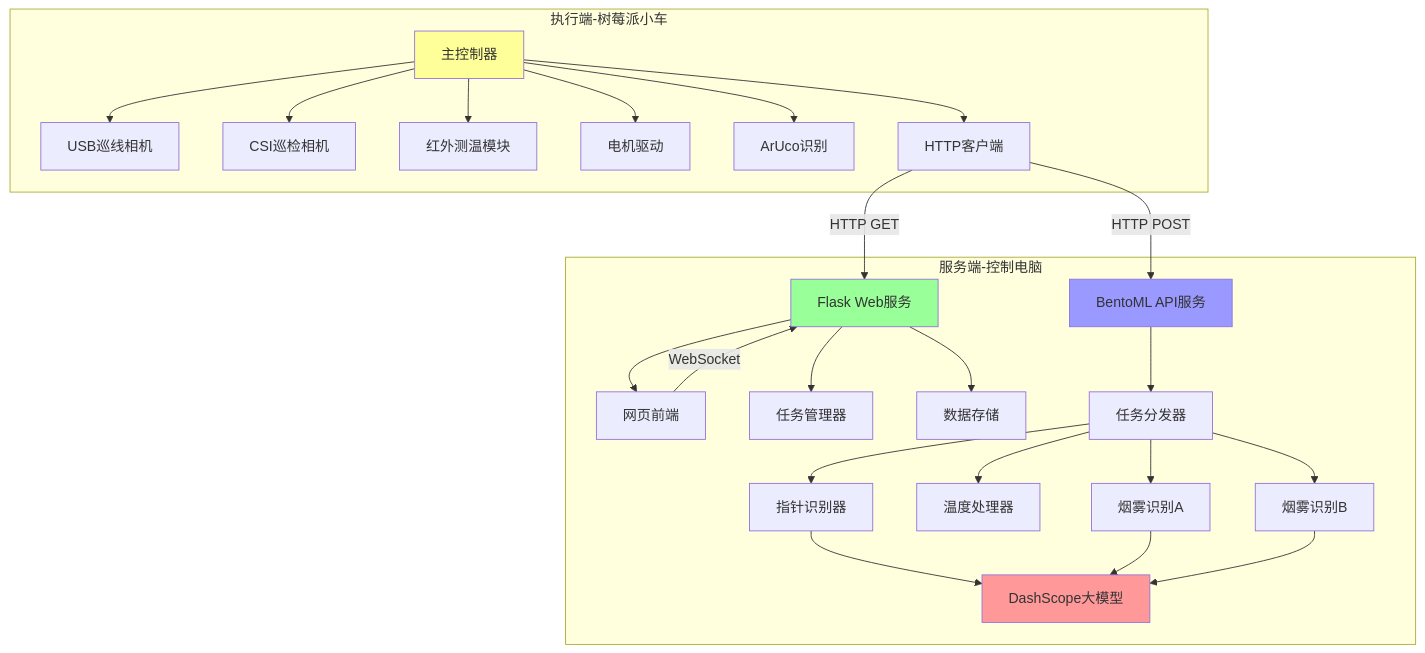
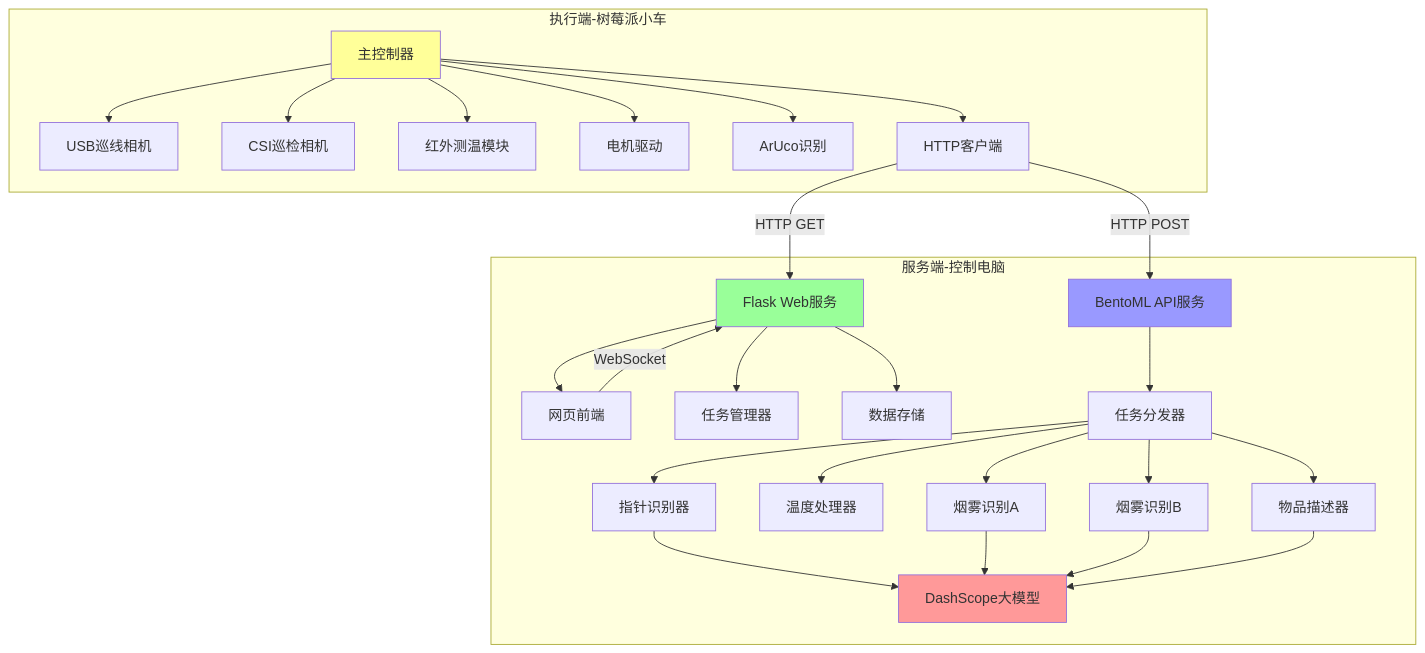
Before and after one commit to jerkallen/RaspiCartServer: the first of 5 diagrams in 智能巡检服务端需求文档.md, drawn with Mermaid. The commit also changed other lines of this file and 17 other files, not shown here.

````diff
--- a/智能巡检服务端需求文档.md
+++ b/智能巡检服务端需求文档.md
@@ -21,36 +21,38 @@
 ```mermaid
 graph TB
     subgraph 执行端-树莓派小车
         A[主控制器] --> B[USB巡线相机]
         A --> C[CSI巡检相机]
         A --> D[红外测温模块]
         A --> E[电机驱动]
         A --> F[ArUco识别]
         A --> G[HTTP客户端]
     end
     
     subgraph 服务端-控制电脑
         H[Flask Web服务] --> I[网页前端]
         H --> J[任务管理器]
         H --> K[数据存储]
         
         L[BentoML API服务] --> M[任务分发器]
         M --> N1[指针识别器]
         M --> N2[温度处理器]
         M --> N3[烟雾识别A]
         M --> N4[烟雾识别B]
+        M --> N5[物品描述器]
         
         N1 --> O[DashScope大模型]
         N3 --> O
         N4 --> O
+        N5 --> O
     end
     
     G -->|HTTP POST| L
     G -->|HTTP GET| H
     I -->|WebSocket| H
     
     style A fill:#ff9
     style H fill:#9f9
     style L fill:#99f
     style O fill:#f99
 ```
````
